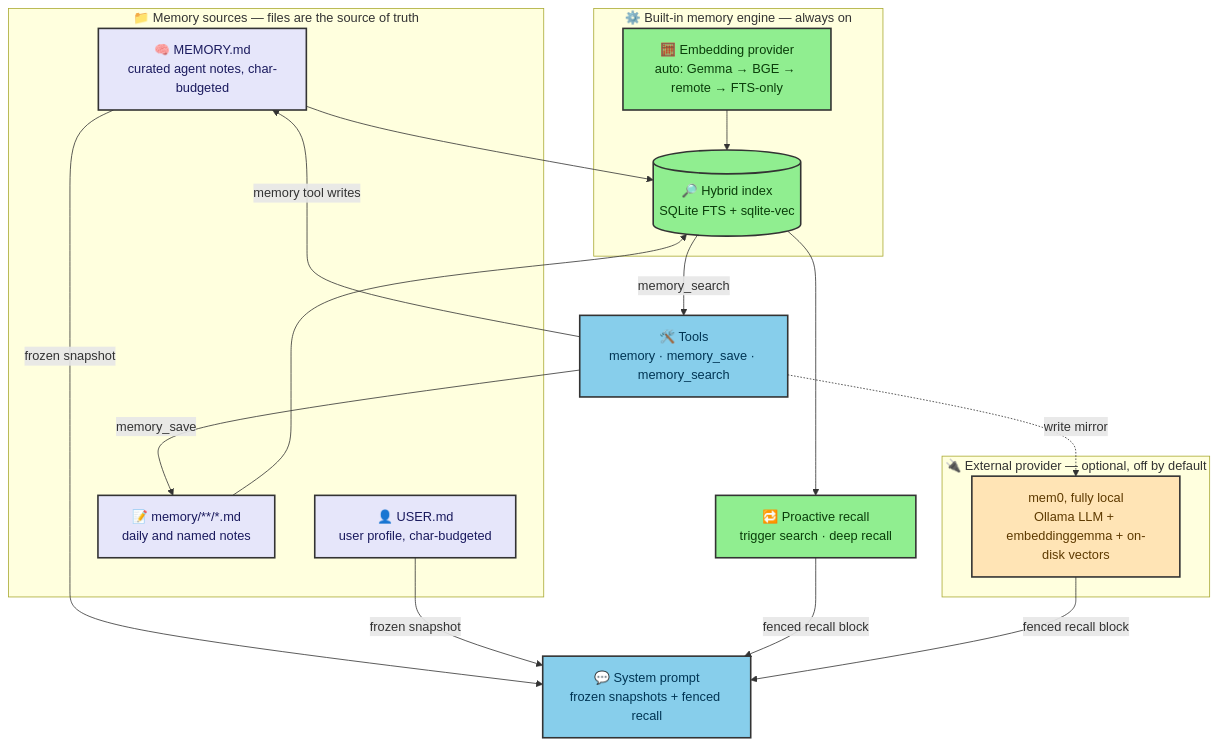
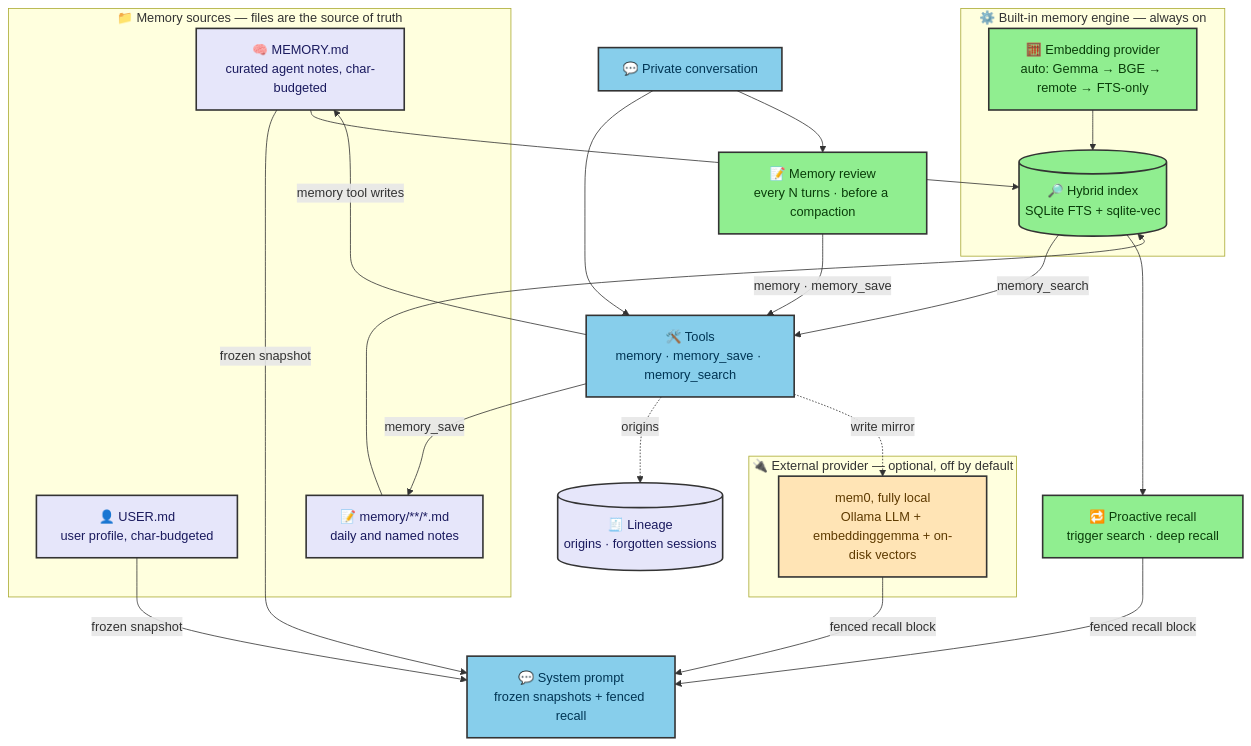
The first of 4 diagrams in docs/features/memory.md (use-agent-os/agent-os), drawn with Mermaid before and after one commit. The commit also changed other lines of this file and 5 other files, not shown here.

First line of the commit message:
docs(memory): pre-compaction review, lineage and forget

````diff
--- a/docs/features/memory.md
+++ b/docs/features/memory.md
@@ -12,43 +12,50 @@
 ```mermaid
 graph TB
     subgraph Sources["📁 Memory sources — files are the source of truth"]
         CUR["🧠 MEMORY.md<br/>curated agent notes, char-budgeted"]
         USR["👤 USER.md<br/>user profile, char-budgeted"]
         NOTES["📝 memory/**/*.md<br/>daily and named notes"]
     end
 
     subgraph Engine["⚙️ Built-in memory engine — always on"]
         IDX[("🔎 Hybrid index<br/>SQLite FTS + sqlite-vec")]
         EMB["🧮 Embedding provider<br/>auto: Gemma → BGE → remote → FTS-only"]
     end
 
     subgraph Ext["🔌 External provider — optional, off by default"]
         MEM0["mem0, fully local<br/>Ollama LLM + embeddinggemma + on-disk vectors"]
     end
 
+    CHAT["💬 Private conversation"]
+    REVIEW["📝 Memory review<br/>every N turns · before a compaction"]
     PROMPT["💬 System prompt<br/>frozen snapshots + fenced recall"]
     RECALL["🔁 Proactive recall<br/>trigger search · deep recall"]
     TOOLS["🛠️ Tools<br/>memory · memory_save · memory_search"]
+    LIN[("🧾 Lineage<br/>origins · forgotten sessions")]
 
+    CHAT --> TOOLS
+    CHAT --> REVIEW
+    REVIEW -->|memory · memory_save| TOOLS
     CUR -->|frozen snapshot| PROMPT
     USR -->|frozen snapshot| PROMPT
     CUR --> IDX
     NOTES --> IDX
     EMB --> IDX
     IDX -->|memory_search| TOOLS
     IDX --> RECALL
     RECALL -->|fenced recall block| PROMPT
     TOOLS -->|memory tool writes| CUR
     TOOLS -->|memory_save| NOTES
+    TOOLS -.->|origins| LIN
     MEM0 -->|fenced recall block| PROMPT
     TOOLS -.->|write mirror| MEM0
 
     classDef store fill:#E6E6FA,stroke:#333,stroke-width:2px,color:#1a1a5e
     classDef engine fill:#90EE90,stroke:#333,stroke-width:2px,color:#0a3d0a
     classDef ext fill:#FFE4B5,stroke:#333,stroke-width:2px,color:#5e3a00
     classDef out fill:#87CEEB,stroke:#333,stroke-width:2px,color:#003554
-    class CUR,USR,NOTES store
-    class IDX,EMB,RECALL engine
+    class CUR,USR,NOTES,LIN store
+    class IDX,EMB,RECALL,REVIEW engine
     class MEM0 ext
-    class PROMPT,TOOLS out
+    class PROMPT,TOOLS,CHAT out
 ```
````
